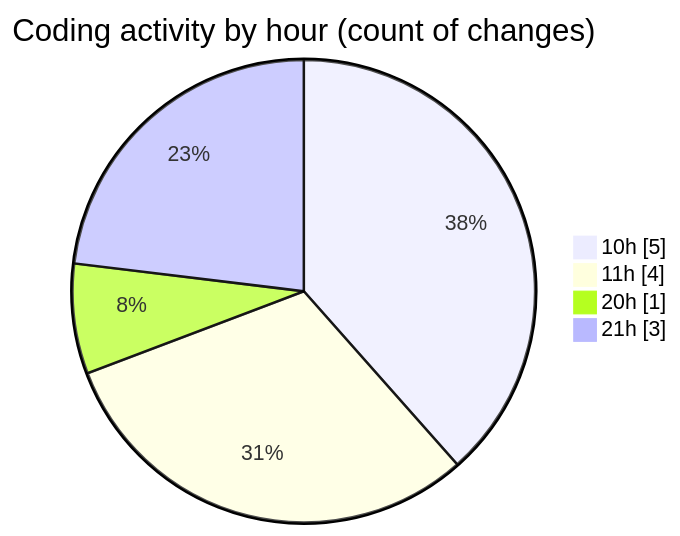
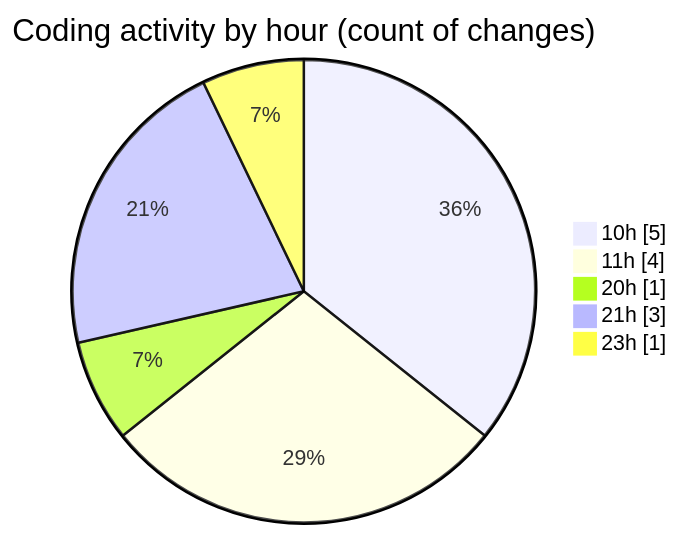
The second of 2 diagrams in 2025-01-29/java/README.md (NitaiMahat/code-tracking), drawn with Mermaid before and after one commit. The commit also changed other lines of this file and 1 other file, not shown here.

````diff
--- a/2025-01-29/java/README.md
+++ b/2025-01-29/java/README.md
@@ -32,8 +32,9 @@
 ```mermaid
 pie showData
 title Coding activity by hour (count of changes)
 "10h" : 5
 "11h" : 4
 "20h" : 1
 "21h" : 3
+"23h" : 1
 ```
````
